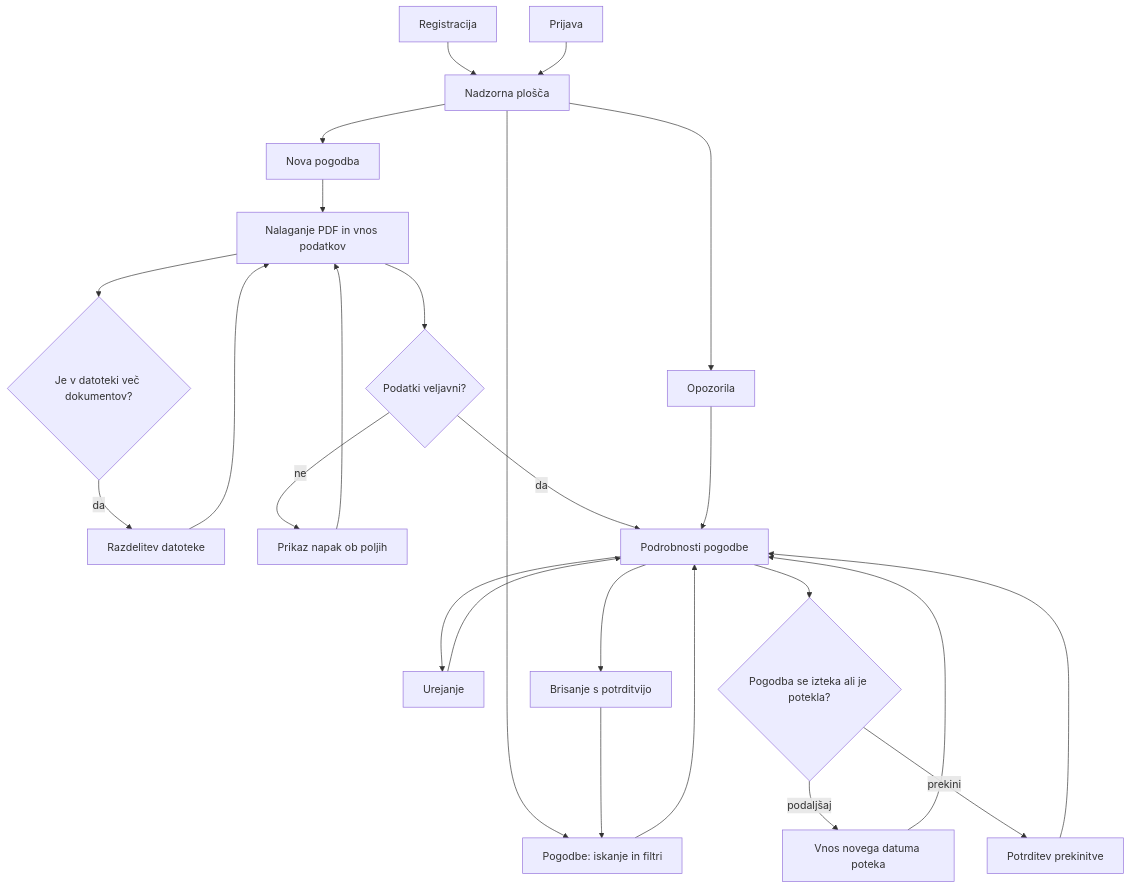
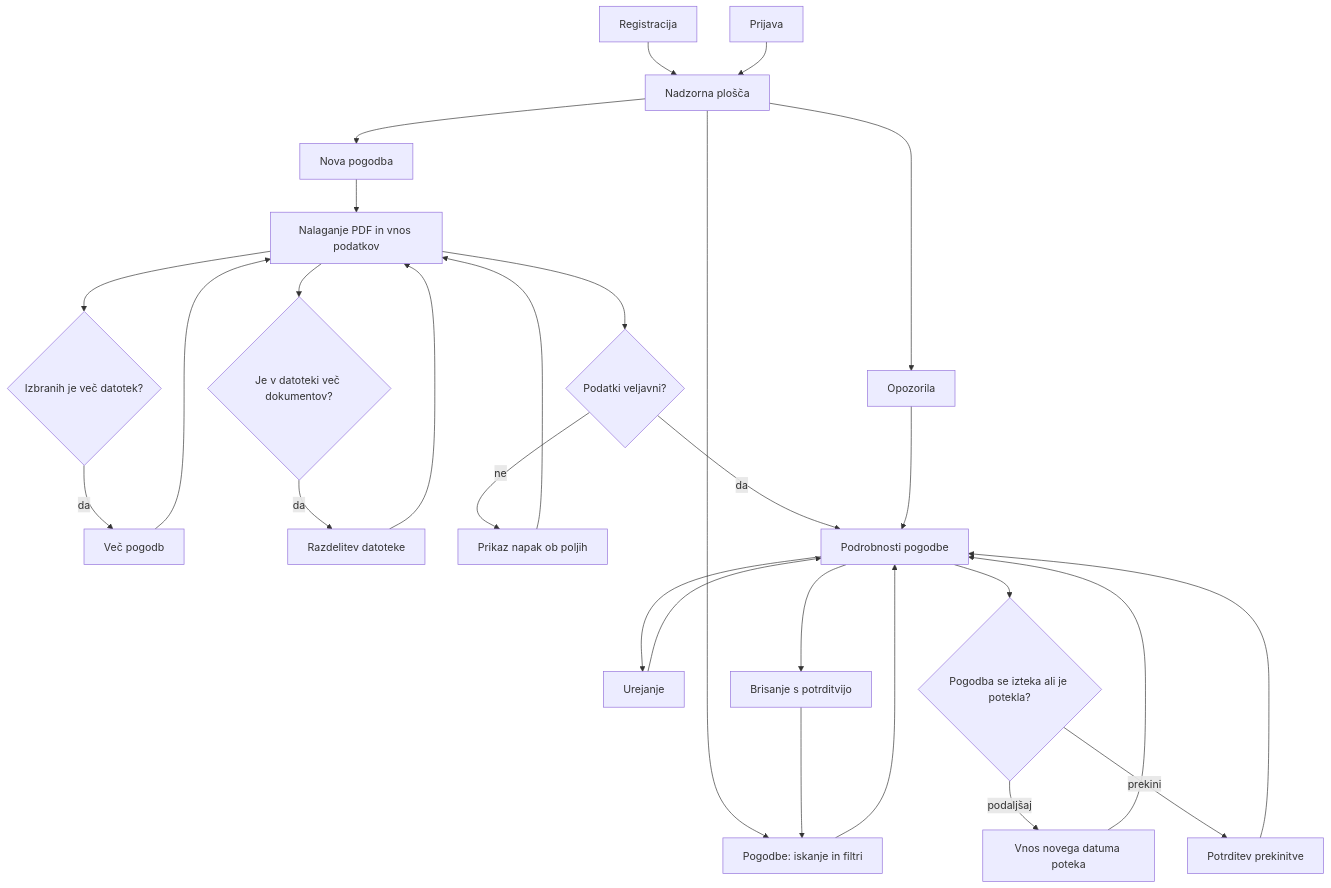
One commit to winston113/digitalni-arhiv changed the diagram in docs/uporabniski-tok.md. Above: the diagram before and after it, drawn with Mermaid. The commit also changed other lines of this file and 16 other files, not shown here.

First line of the commit message:
Dodaj vnos več pogodb hkrati

````diff
--- a/docs/uporabniski-tok.md
+++ b/docs/uporabniski-tok.md
@@ -5,27 +5,30 @@
 ```mermaid
 flowchart TD
     A[Registracija] --> C[Nadzorna plošča]
     B[Prijava] --> C
     C --> D[Nova pogodba]
     D --> E[Nalaganje PDF in vnos podatkov]
+    E --> V{Izbranih je več datotek?}
+    V -- da --> X[Več pogodb]
+    X --> E
     E --> R{Je v datoteki več dokumentov?}
     R -- da --> S[Razdelitev datoteke]
     S --> E
     E --> F{Podatki veljavni?}
     F -- ne --> G[Prikaz napak ob poljih]
     G --> E
     F -- da --> H[Podrobnosti pogodbe]
     C --> I[Pogodbe: iskanje in filtri]
     I --> H
     C --> J[Opozorila]
     J --> H
     H --> K[Urejanje]
     K --> H
     H --> L[Brisanje s potrditvijo]
     L --> I
     H --> M{Pogodba se izteka ali je potekla?}
     M -- podaljšaj --> N[Vnos novega datuma poteka]
     M -- prekini --> O[Potrditev prekinitve]
     N --> H
     O --> H
 ```
````
